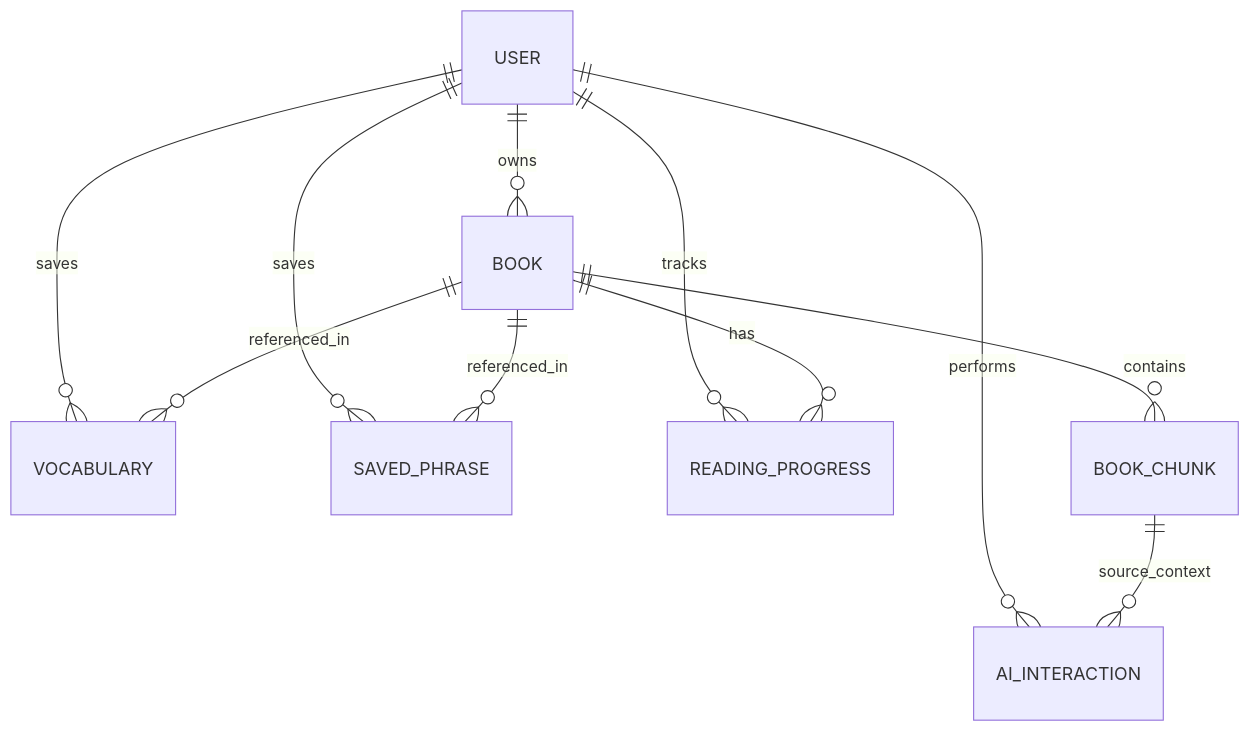
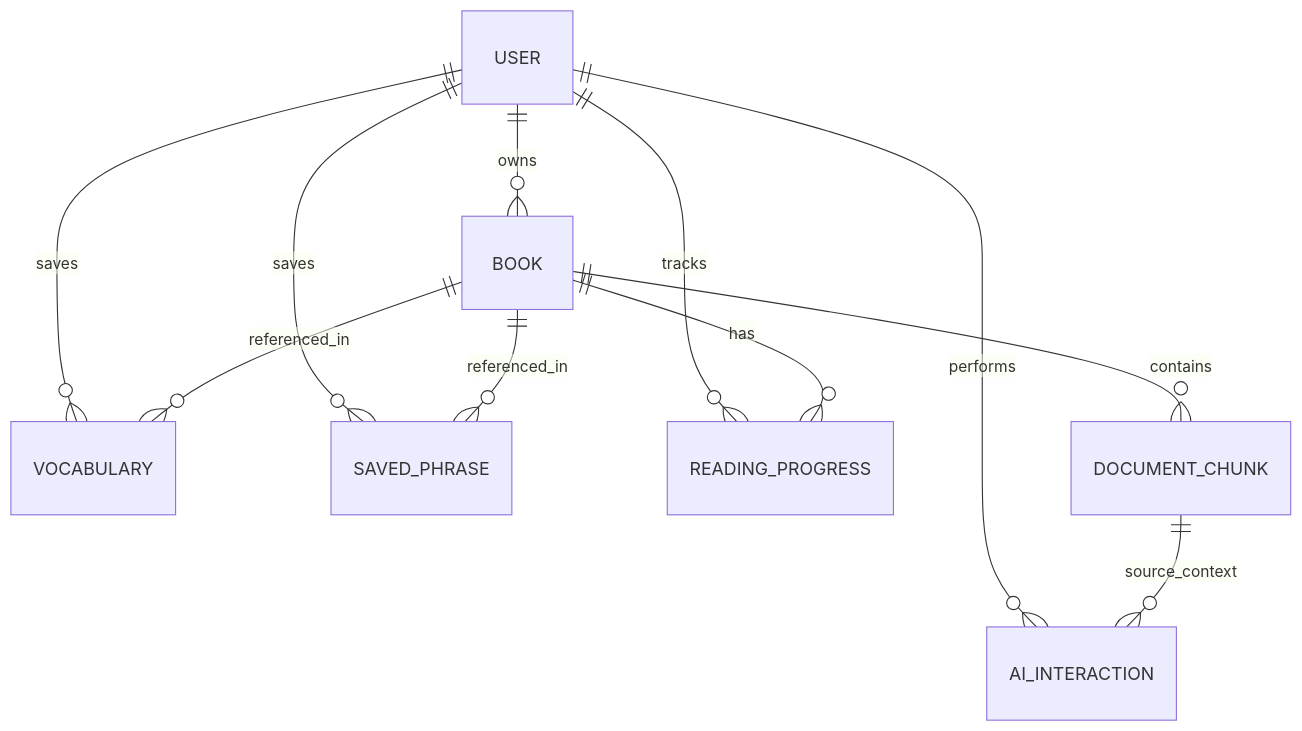
One commit to Neerazan/EaseRead changed the diagram in docs/database-architecture.md. Above: the diagram before and after it, drawn with Mermaid. The commit also changed other lines of this file, not shown here.

Commit message:
update db architecture docs

````diff
--- a/docs/database-architecture.md
+++ b/docs/database-architecture.md
@@ -17,15 +17,15 @@
 ```mermaid
 erDiagram
     USER ||--o{ BOOK : owns
     USER ||--o{ VOCABULARY : saves
     USER ||--o{ SAVED_PHRASE : saves
     USER ||--o{ READING_PROGRESS : tracks
     USER ||--o{ AI_INTERACTION : performs
     
-    BOOK ||--o{ BOOK_CHUNK : contains
+    BOOK ||--o{ DOCUMENT_CHUNK : contains
     BOOK ||--o{ READING_PROGRESS : has
     BOOK ||--o{ VOCABULARY : referenced_in
     BOOK ||--o{ SAVED_PHRASE : referenced_in
 
-    BOOK_CHUNK ||--o{ AI_INTERACTION : source_context
+    DOCUMENT_CHUNK ||--o{ AI_INTERACTION : source_context
 ```
````
